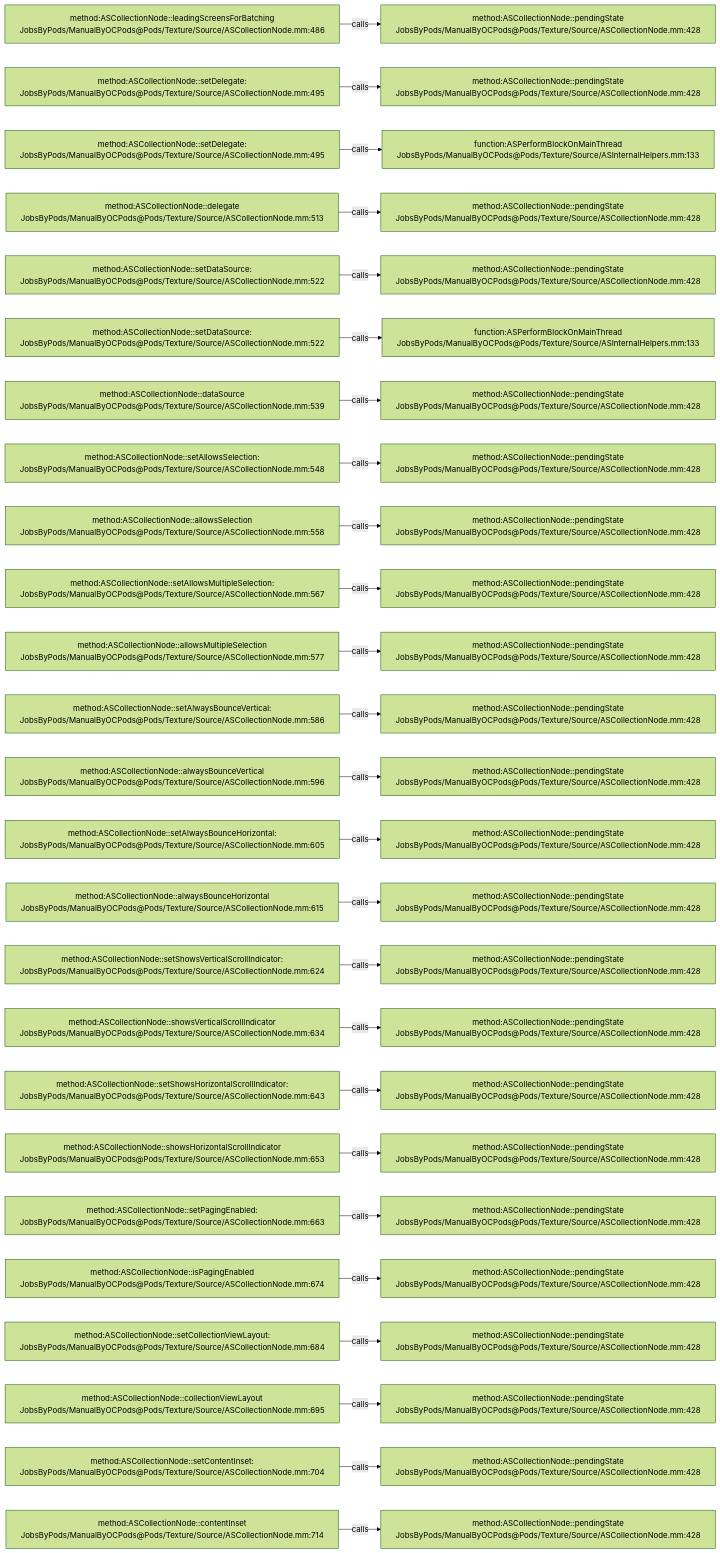
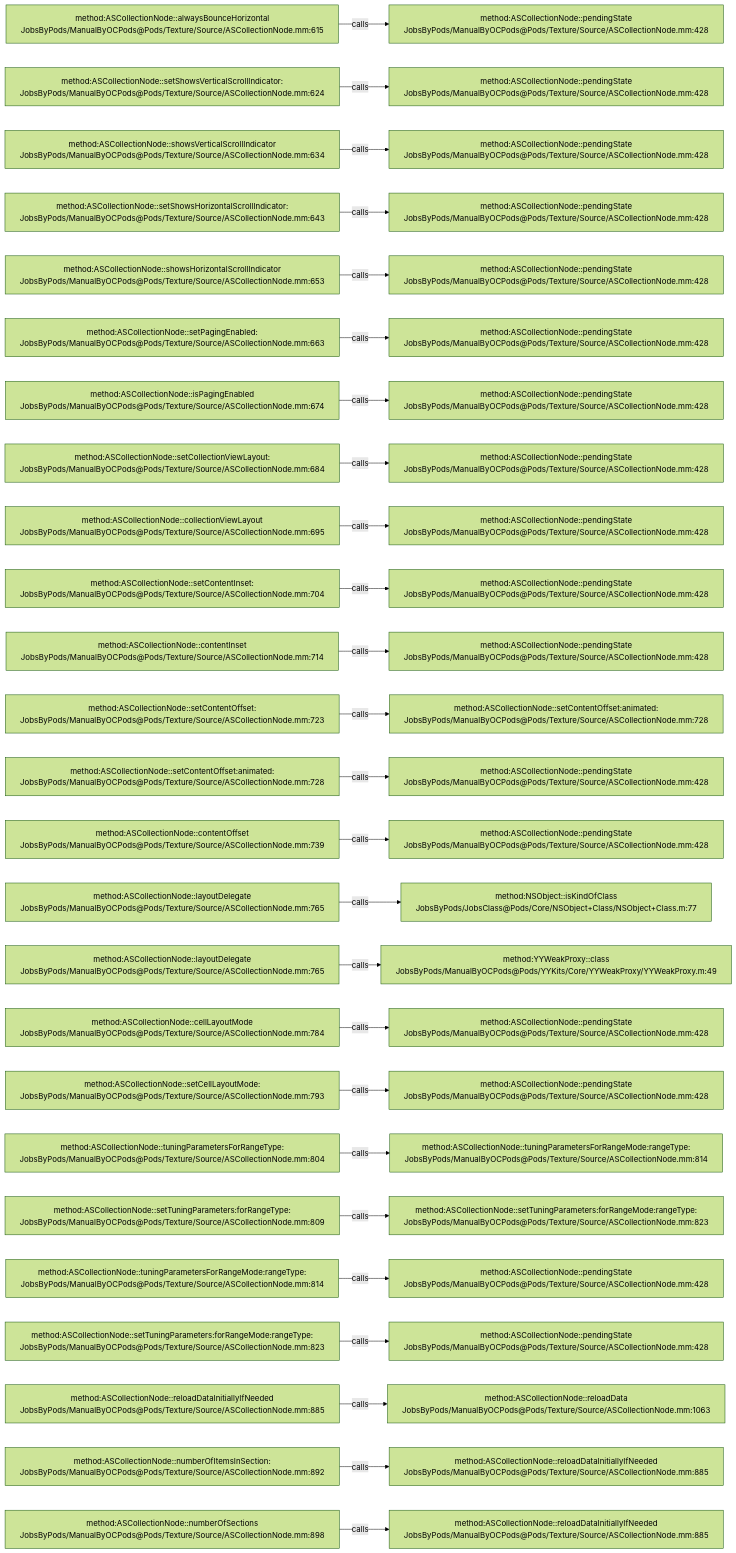
One commit to JobsKits/JobsOCBaseConfigDemo changed the diagram in .codegraph/codegraph.md/graphs/calls-079.md. Above: the diagram before and after it, drawn with Mermaid (forest theme). The commit also changed 296 other files, not shown here.

````diff
--- a/.codegraph/codegraph.md/graphs/calls-079.md
+++ b/.codegraph/codegraph.md/graphs/calls-079.md
@@ -13,78 +13,78 @@
 ```mermaid
 flowchart LR
-  S1["method:ASCollectionNode::leadingScreensForBatching<br/>JobsByPods/ManualByOCPods@Pods/Texture/Source/ASCollectionNode.mm:486"]
+  S1["method:ASCollectionNode::alwaysBounceHorizontal<br/>JobsByPods/ManualByOCPods@Pods/Texture/Source/ASCollectionNode.mm:615"]
   T1["method:ASCollectionNode::pendingState<br/>JobsByPods/ManualByOCPods@Pods/Texture/Source/ASCollectionNode.mm:428"]
   S1 -->|calls| T1
-  S2["method:ASCollectionNode::setDelegate:<br/>JobsByPods/ManualByOCPods@Pods/Texture/Source/ASCollectionNode.mm:495"]
+  S2["method:ASCollectionNode::setShowsVerticalScrollIndicator:<br/>JobsByPods/ManualByOCPods@Pods/Texture/Source/ASCollectionNode.mm:624"]
   T2["method:ASCollectionNode::pendingState<br/>JobsByPods/ManualByOCPods@Pods/Texture/Source/ASCollectionNode.mm:428"]
   S2 -->|calls| T2
-  S3["method:ASCollectionNode::setDelegate:<br/>JobsByPods/ManualByOCPods@Pods/Texture/Source/ASCollectionNode.mm:495"]
-  T3["function:ASPerformBlockOnMainThread<br/>JobsByPods/ManualByOCPods@Pods/Texture/Source/ASInternalHelpers.mm:133"]
+  S3["method:ASCollectionNode::showsVerticalScrollIndicator<br/>JobsByPods/ManualByOCPods@Pods/Texture/Source/ASCollectionNode.mm:634"]
+  T3["method:ASCollectionNode::pendingState<br/>JobsByPods/ManualByOCPods@Pods/Texture/Source/ASCollectionNode.mm:428"]
   S3 -->|calls| T3
-  S4["method:ASCollectionNode::delegate<br/>JobsByPods/ManualByOCPods@Pods/Texture/Source/ASCollectionNode.mm:513"]
+  S4["method:ASCollectionNode::setShowsHorizontalScrollIndicator:<br/>JobsByPods/ManualByOCPods@Pods/Texture/Source/ASCollectionNode.mm:643"]
   T4["method:ASCollectionNode::pendingState<br/>JobsByPods/ManualByOCPods@Pods/Texture/Source/ASCollectionNode.mm:428"]
   S4 -->|calls| T4
-  S5["method:ASCollectionNode::setDataSource:<br/>JobsByPods/ManualByOCPods@Pods/Texture/Source/ASCollectionNode.mm:522"]
+  S5["method:ASCollectionNode::showsHorizontalScrollIndicator<br/>JobsByPods/ManualByOCPods@Pods/Texture/Source/ASCollectionNode.mm:653"]
   T5["method:ASCollectionNode::pendingState<br/>JobsByPods/ManualByOCPods@Pods/Texture/Source/ASCollectionNode.mm:428"]
   S5 -->|calls| T5
-  S6["method:ASCollectionNode::setDataSource:<br/>JobsByPods/ManualByOCPods@Pods/Texture/Source/ASCollectionNode.mm:522"]
-  T6["function:ASPerformBlockOnMainThread<br/>JobsByPods/ManualByOCPods@Pods/Texture/Source/ASInternalHelpers.mm:133"]
+  S6["method:ASCollectionNode::setPagingEnabled:<br/>JobsByPods/ManualByOCPods@Pods/Texture/Source/ASCollectionNode.mm:663"]
+  T6["method:ASCollectionNode::pendingState<br/>JobsByPods/ManualByOCPods@Pods/Texture/Source/ASCollectionNode.mm:428"]
   S6 -->|calls| T6
-  S7["method:ASCollectionNode::dataSource<br/>JobsByPods/ManualByOCPods@Pods/Texture/Source/ASCollectionNode.mm:539"]
+  S7["method:ASCollectionNode::isPagingEnabled<br/>JobsByPods/ManualByOCPods@Pods/Texture/Source/ASCollectionNode.mm:674"]
   T7["method:ASCollectionNode::pendingState<br/>JobsByPods/ManualByOCPods@Pods/Texture/Source/ASCollectionNode.mm:428"]
   S7 -->|calls| T7
-  S8["method:ASCollectionNode::setAllowsSelection:<br/>JobsByPods/ManualByOCPods@Pods/Texture/Source/ASCollectionNode.mm:548"]
+  S8["method:ASCollectionNode::setCollectionViewLayout:<br/>JobsByPods/ManualByOCPods@Pods/Texture/Source/ASCollectionNode.mm:684"]
   T8["method:ASCollectionNode::pendingState<br/>JobsByPods/ManualByOCPods@Pods/Texture/Source/ASCollectionNode.mm:428"]
   S8 -->|calls| T8
-  S9["method:ASCollectionNode::allowsSelection<br/>JobsByPods/ManualByOCPods@Pods/Texture/Source/ASCollectionNode.mm:558"]
+  S9["method:ASCollectionNode::collectionViewLayout<br/>JobsByPods/ManualByOCPods@Pods/Texture/Source/ASCollectionNode.mm:695"]
   T9["method:ASCollectionNode::pendingState<br/>JobsByPods/ManualByOCPods@Pods/Texture/Source/ASCollectionNode.mm:428"]
   S9 -->|calls| T9
-  S10["method:ASCollectionNode::setAllowsMultipleSelection:<br/>JobsByPods/ManualByOCPods@Pods/Texture/Source/ASCollectionNode.mm:567"]
+  S10["method:ASCollectionNode::setContentInset:<br/>JobsByPods/ManualByOCPods@Pods/Texture/Source/ASCollectionNode.mm:704"]
   T10["method:ASCollectionNode::pendingState<br/>JobsByPods/ManualByOCPods@Pods/Texture/Source/ASCollectionNode.mm:428"]
   S10 -->|calls| T10
-  S11["method:ASCollectionNode::allowsMultipleSelection<br/>JobsByPods/ManualByOCPods@Pods/Texture/Source/ASCollectionNode.mm:577"]
+  S11["method:ASCollectionNode::contentInset<br/>JobsByPods/ManualByOCPods@Pods/Texture/Source/ASCollectionNode.mm:714"]
   T11["method:ASCollectionNode::pendingState<br/>JobsByPods/ManualByOCPods@Pods/Texture/Source/ASCollectionNode.mm:428"]
   S11 -->|calls| T11
-  S12["method:ASCollectionNode::setAlwaysBounceVertical:<br/>JobsByPods/ManualByOCPods@Pods/Texture/Source/ASCollectionNode.mm:586"]
-  T12["method:ASCollectionNode::pendingState<br/>JobsByPods/ManualByOCPods@Pods/Texture/Source/ASCollectionNode.mm:428"]
+  S12["method:ASCollectionNode::setContentOffset:<br/>JobsByPods/ManualByOCPods@Pods/Texture/Source/ASCollectionNode.mm:723"]
+  T12["method:ASCollectionNode::setContentOffset:animated:<br/>JobsByPods/ManualByOCPods@Pods/Texture/Source/ASCollectionNode.mm:728"]
   S12 -->|calls| T12
-  S13["method:ASCollectionNode::alwaysBounceVertical<br/>JobsByPods/ManualByOCPods@Pods/Texture/Source/ASCollectionNode.mm:596"]
+  S13["method:ASCollectionNode::setContentOffset:animated:<br/>JobsByPods/ManualByOCPods@Pods/Texture/Source/ASCollectionNode.mm:728"]
   T13["method:ASCollectionNode::pendingState<br/>JobsByPods/ManualByOCPods@Pods/Texture/Source/ASCollectionNode.mm:428"]
   S13 -->|calls| T13
-  S14["method:ASCollectionNode::setAlwaysBounceHorizontal:<br/>JobsByPods/ManualByOCPods@Pods/Texture/Source/ASCollectionNode.mm:605"]
+  S14["method:ASCollectionNode::contentOffset<br/>JobsByPods/ManualByOCPods@Pods/Texture/Source/ASCollectionNode.mm:739"]
   T14["method:ASCollectionNode::pendingState<br/>JobsByPods/ManualByOCPods@Pods/Texture/Source/ASCollectionNode.mm:428"]
   S14 -->|calls| T14
-  S15["method:ASCollectionNode::alwaysBounceHorizontal<br/>JobsByPods/ManualByOCPods@Pods/Texture/Source/ASCollectionNode.mm:615"]
-  T15["method:ASCollectionNode::pendingState<br/>JobsByPods/ManualByOCPods@Pods/Texture/Source/ASCollectionNode.mm:428"]
+  S15["method:ASCollectionNode::layoutDelegate<br/>JobsByPods/ManualByOCPods@Pods/Texture/Source/ASCollectionNode.mm:765"]
+  T15["method:NSObject::isKindOfClass<br/>JobsByPods/JobsClass@Pods/Core/NSObject+Class/NSObject+Class.m:77"]
   S15 -->|calls| T15
-  S16["method:ASCollectionNode::setShowsVerticalScrollIndicator:<br/>JobsByPods/ManualByOCPods@Pods/Texture/Source/ASCollectionNode.mm:624"]
-  T16["method:ASCollectionNode::pendingState<br/>JobsByPods/ManualByOCPods@Pods/Texture/Source/ASCollectionNode.mm:428"]
+  S16["method:ASCollectionNode::layoutDelegate<br/>JobsByPods/ManualByOCPods@Pods/Texture/Source/ASCollectionNode.mm:765"]
+  T16["method:YYWeakProxy::class<br/>JobsByPods/ManualByOCPods@Pods/YYKits/Core/YYWeakProxy/YYWeakProxy.m:49"]
   S16 -->|calls| T16
-  S17["method:ASCollectionNode::showsVerticalScrollIndicator<br/>JobsByPods/ManualByOCPods@Pods/Texture/Source/ASCollectionNode.mm:634"]
+  S17["method:ASCollectionNode::cellLayoutMode<br/>JobsByPods/ManualByOCPods@Pods/Texture/Source/ASCollectionNode.mm:784"]
   T17["method:ASCollectionNode::pendingState<br/>JobsByPods/ManualByOCPods@Pods/Texture/Source/ASCollectionNode.mm:428"]
   S17 -->|calls| T17
-  S18["method:ASCollectionNode::setShowsHorizontalScrollIndicator:<br/>JobsByPods/ManualByOCPods@Pods/Texture/Source/ASCollectionNode.mm:643"]
+  S18["method:ASCollectionNode::setCellLayoutMode:<br/>JobsByPods/ManualByOCPods@Pods/Texture/Source/ASCollectionNode.mm:793"]
   T18["method:ASCollectionNode::pendingState<br/>JobsByPods/ManualByOCPods@Pods/Texture/Source/ASCollectionNode.mm:428"]
   S18 -->|calls| T18
-  S19["method:ASCollectionNode::showsHorizontalScrollIndicator<br/>JobsByPods/ManualByOCPods@Pods/Texture/Source/ASCollectionNode.mm:653"]
-  T19["method:ASCollectionNode::pendingState<br/>JobsByPods/ManualByOCPods@Pods/Texture/Source/ASCollectionNode.mm:428"]
+  S19["method:ASCollectionNode::tuningParametersForRangeType:<br/>JobsByPods/ManualByOCPods@Pods/Texture/Source/ASCollectionNode.mm:804"]
+  T19["method:ASCollectionNode::tuningParametersForRangeMode:rangeType:<br/>JobsByPods/ManualByOCPods@Pods/Texture/Source/ASCollectionNode.mm:814"]
   S19 -->|calls| T19
-  S20["method:ASCollectionNode::setPagingEnabled:<br/>JobsByPods/ManualByOCPods@Pods/Texture/Source/ASCollectionNode.mm:663"]
-  T20["method:ASCollectionNode::pendingState<br/>JobsByPods/ManualByOCPods@Pods/Texture/Source/ASCollectionNode.mm:428"]
+  S20["method:ASCollectionNode::setTuningParameters:forRangeType:<br/>JobsByPods/ManualByOCPods@Pods/Texture/Source/ASCollectionNode.mm:809"]
+  T20["method:ASCollectionNode::setTuningParameters:forRangeMode:rangeType:<br/>JobsByPods/ManualByOCPods@Pods/Texture/Source/ASCollectionNode.mm:823"]
   S20 -->|calls| T20
-  S21["method:ASCollectionNode::isPagingEnabled<br/>JobsByPods/ManualByOCPods@Pods/Texture/Source/ASCollectionNode.mm:674"]
+  S21["method:ASCollectionNode::tuningParametersForRangeMode:rangeType:<br/>JobsByPods/ManualByOCPods@Pods/Texture/Source/ASCollectionNode.mm:814"]
   T21["method:ASCollectionNode::pendingState<br/>JobsByPods/ManualByOCPods@Pods/Texture/Source/ASCollectionNode.mm:428"]
   S21 -->|calls| T21
-  S22["method:ASCollectionNode::setCollectionViewLayout:<br/>JobsByPods/ManualByOCPods@Pods/Texture/Source/ASCollectionNode.mm:684"]
+  S22["method:ASCollectionNode::setTuningParameters:forRangeMode:rangeType:<br/>JobsByPods/ManualByOCPods@Pods/Texture/Source/ASCollectionNode.mm:823"]
   T22["method:ASCollectionNode::pendingState<br/>JobsByPods/ManualByOCPods@Pods/Texture/Source/ASCollectionNode.mm:428"]
   S22 -->|calls| T22
-  S23["method:ASCollectionNode::collectionViewLayout<br/>JobsByPods/ManualByOCPods@Pods/Texture/Source/ASCollectionNode.mm:695"]
-  T23["method:ASCollectionNode::pendingState<br/>JobsByPods/ManualByOCPods@Pods/Texture/Source/ASCollectionNode.mm:428"]
+  S23["method:ASCollectionNode::reloadDataInitiallyIfNeeded<br/>JobsByPods/ManualByOCPods@Pods/Texture/Source/ASCollectionNode.mm:885"]
+  T23["method:ASCollectionNode::reloadData<br/>JobsByPods/ManualByOCPods@Pods/Texture/Source/ASCollectionNode.mm:1063"]
   S23 -->|calls| T23
-  S24["method:ASCollectionNode::setContentInset:<br/>JobsByPods/ManualByOCPods@Pods/Texture/Source/ASCollectionNode.mm:704"]
-  T24["method:ASCollectionNode::pendingState<br/>JobsByPods/ManualByOCPods@Pods/Texture/Source/ASCollectionNode.mm:428"]
+  S24["method:ASCollectionNode::numberOfItemsInSection:<br/>JobsByPods/ManualByOCPods@Pods/Texture/Source/ASCollectionNode.mm:892"]
+  T24["method:ASCollectionNode::reloadDataInitiallyIfNeeded<br/>JobsByPods/ManualByOCPods@Pods/Texture/Source/ASCollectionNode.mm:885"]
   S24 -->|calls| T24
-  S25["method:ASCollectionNode::contentInset<br/>JobsByPods/ManualByOCPods@Pods/Texture/Source/ASCollectionNode.mm:714"]
-  T25["method:ASCollectionNode::pendingState<br/>JobsByPods/ManualByOCPods@Pods/Texture/Source/ASCollectionNode.mm:428"]
+  S25["method:ASCollectionNode::numberOfSections<br/>JobsByPods/ManualByOCPods@Pods/Texture/Source/ASCollectionNode.mm:898"]
+  T25["method:ASCollectionNode::reloadDataInitiallyIfNeeded<br/>JobsByPods/ManualByOCPods@Pods/Texture/Source/ASCollectionNode.mm:885"]
   S25 -->|calls| T25
 ```
````
